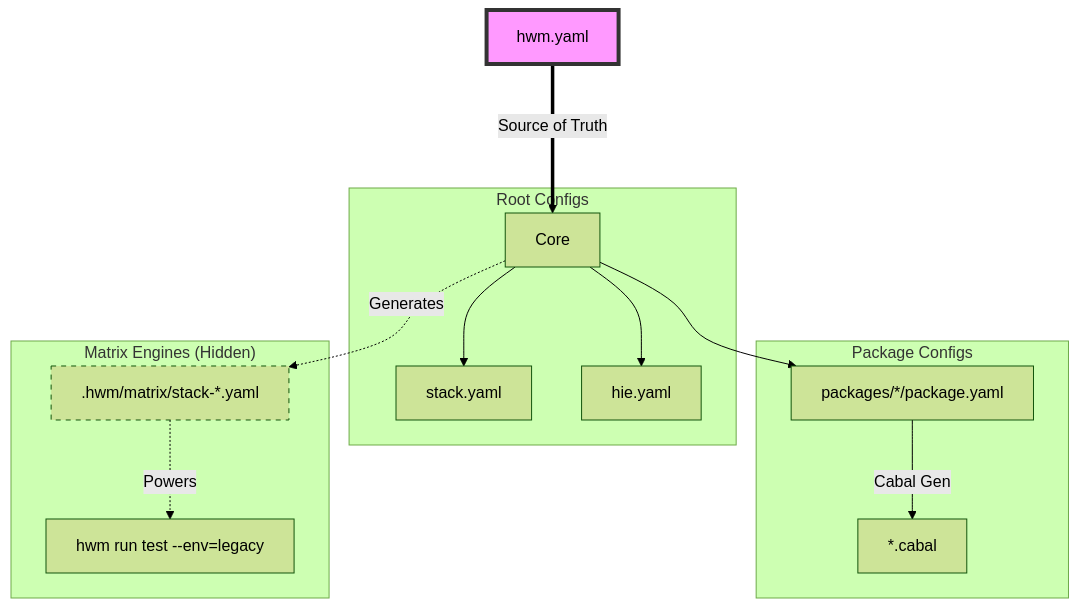
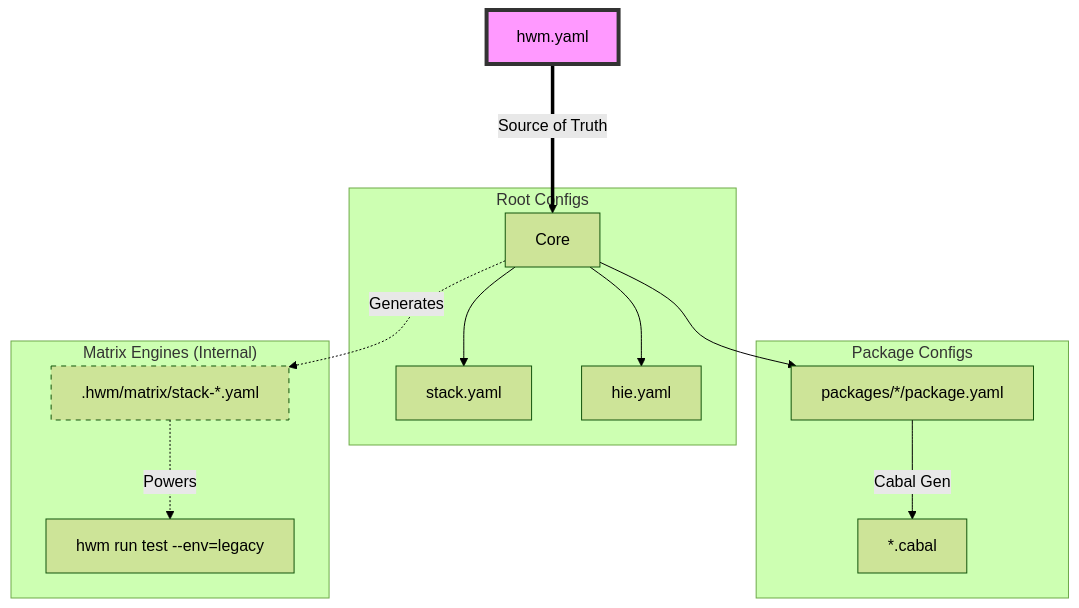
One commit to nalchevanidze/hwm changed the diagram in README.md. Above: the diagram before and after it, drawn with Mermaid (forest theme). The commit also changed other lines of this file, not shown here.

````diff
--- a/README.md
+++ b/README.md
@@ -43,22 +43,23 @@
 ```mermaid
 graph TD
     HWM[hwm.yaml] ===>|Source of Truth| Core
     
     subgraph "Root Configs"
     Core --> Stack[stack.yaml]
     Core --> HIE[hie.yaml]
     end
 
     subgraph "Package Configs"
     Core --> Pkg[packages/*/package.yaml]
     Pkg -->|Cabal Gen| Cabal[*.cabal]
     end
 
-    subgraph "Matrix Engines (Hidden)"
+    subgraph "Matrix Engines (Internal)"
     Core -.->|Generates| Matrix[".hwm/matrix/stack-*.yaml"]
     Matrix -.->|Powers| Run["hwm run test --env=legacy"]
     end
 
     style HWM fill:#f9f,stroke:#333,stroke-width:4px
     style Matrix stroke-dasharray: 5 5
+
 ```
````
